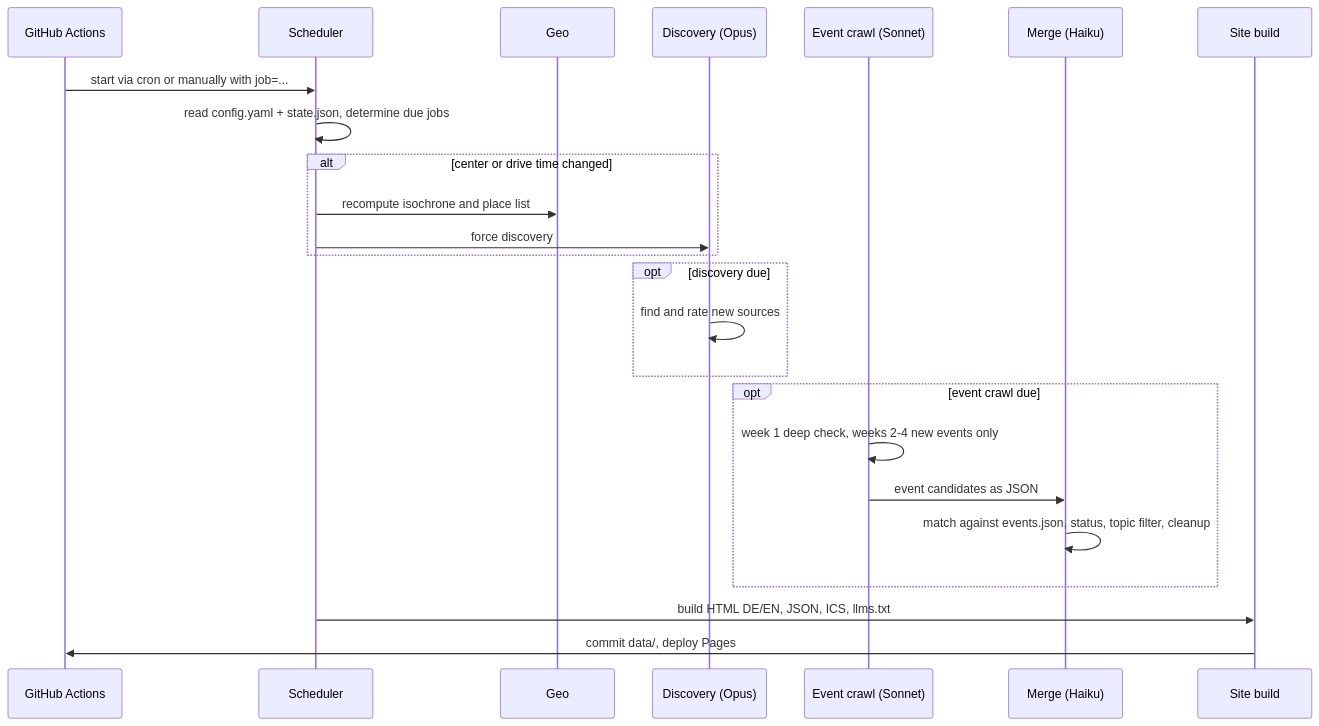
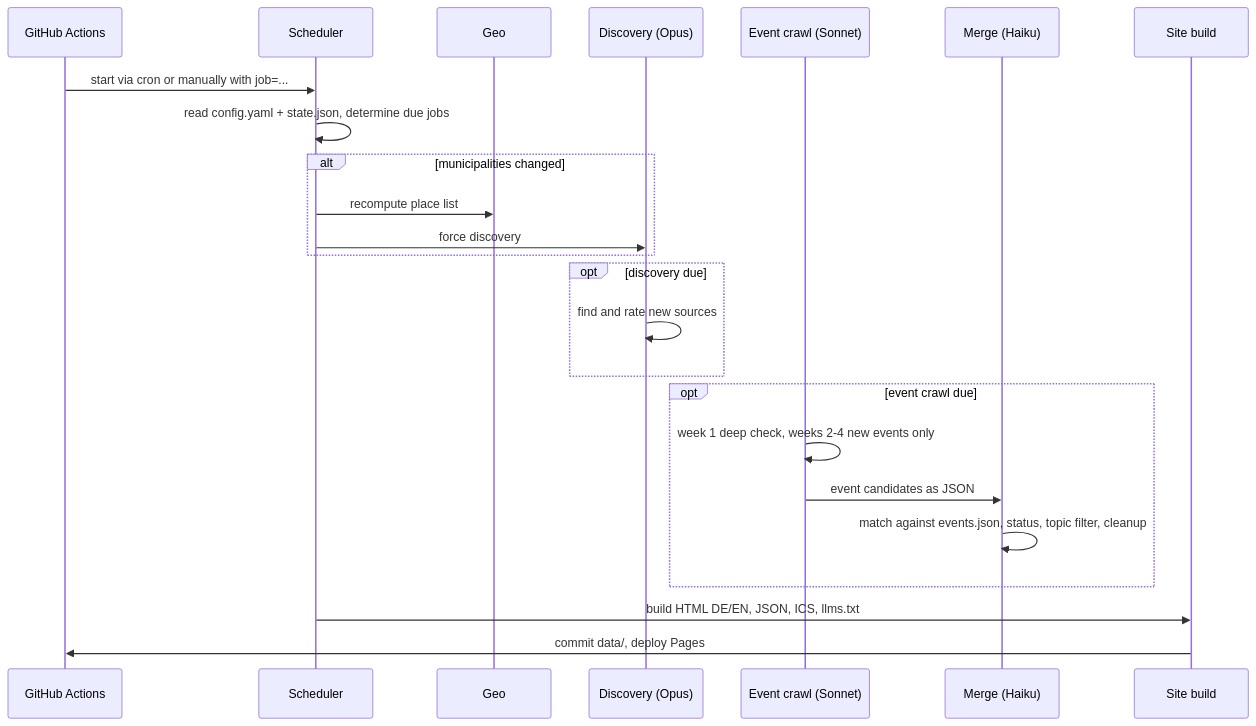
Before and after one commit to mat-los/letsgau: the third of 4 diagrams in docs/ARCHITECTURE.md, drawn with Mermaid. The commit also changed other lines of this file and 36 other files, not shown here.

````diff
--- a/docs/ARCHITECTURE.md
+++ b/docs/ARCHITECTURE.md
@@ -79,26 +75,26 @@
 ```mermaid
 sequenceDiagram
   participant A as GitHub Actions
   participant S as Scheduler
   participant G as Geo
   participant D as Discovery (Opus)
   participant E as Event crawl (Sonnet)
   participant M as Merge (Haiku)
   participant B as Site build
   A->>S: start via cron or manually with job=...
   S->>S: read config.yaml + state.json, determine due jobs
-  alt center or drive time changed
-    S->>G: recompute isochrone and place list
+  alt municipalities changed
+    S->>G: recompute place list
     S->>D: force discovery
   end
   opt discovery due
     D->>D: find and rate new sources
   end
   opt event crawl due
     E->>E: week 1 deep check, weeks 2-4 new events only
     E->>M: event candidates as JSON
     M->>M: match against events.json, status, topic filter, cleanup
   end
   S->>B: build HTML DE/EN, JSON, ICS, llms.txt
   B->>A: commit data/, deploy Pages
 ```
````
